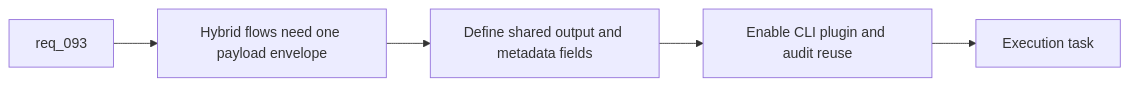
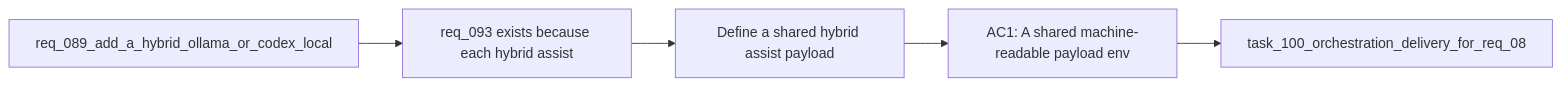
Before and after one commit to AlexAgo83/logics-manager: the diagram in logics/backlog/item_150_define_a_shared_hybrid_assist_payload_envelope_and_execution_metadata_contract.md, drawn with Mermaid. The commit also changed 481 other files, not shown here.

````diff
--- a/logics/backlog/item_150_define_a_shared_hybrid_assist_payload_envelope_and_execution_metadata_contract.md
+++ b/logics/backlog/item_150_define_a_shared_hybrid_assist_payload_envelope_and_execution_metadata_contract.md
@@ -28,9 +28,9 @@
 ```mermaid
 %% logics-kind: backlog
 %% logics-signature: backlog|define-a-shared-hybrid-assist-payload-en|req-089-add-a-hybrid-ollama-or-codex-loc|req-093-exists-because-each-hybrid-assis|ac1-a-shared-machine-readable-payload-en
 flowchart LR
-    Request[req_093] --> Problem[Hybrid flows need one payload envelope]
-    Problem --> Envelope[Define shared output and metadata fields]
-    Envelope --> Reuse[Enable CLI plugin and audit reuse]
-    Reuse --> Done[Execution task]
+    Request[req_089_add_a_hybrid_ollama_or_codex_local] --> Problem[req_093 exists because each hybrid assist]
+    Problem --> Scope[Define a shared hybrid assist payload]
+    Scope --> Acceptance[AC1: A shared machine-readable payload env]
+    Acceptance --> Tasks[task_100_orchestration_delivery_for_req_08]
 ```
````
